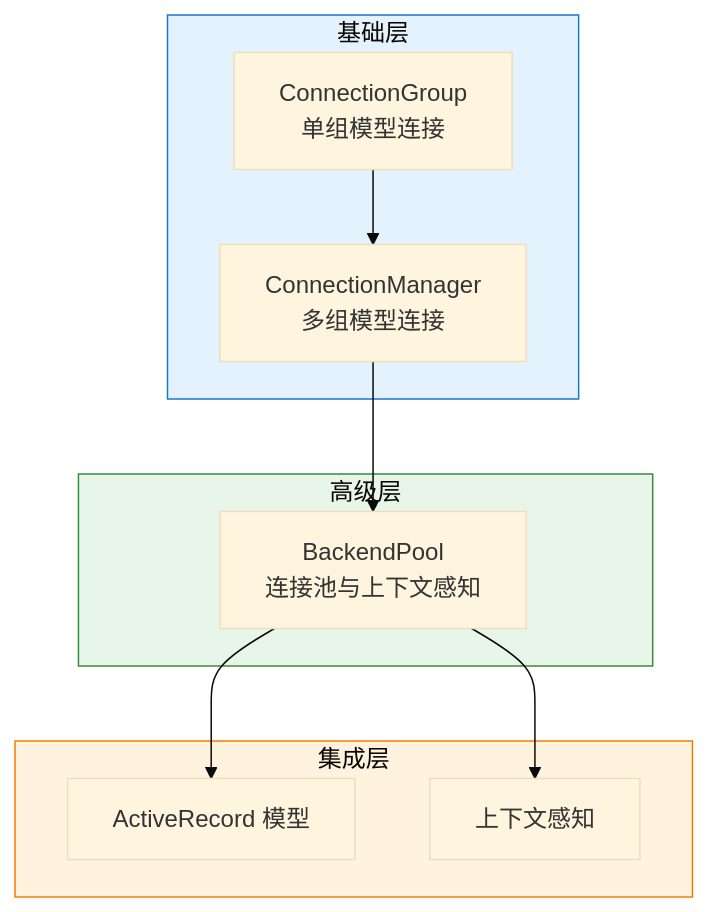
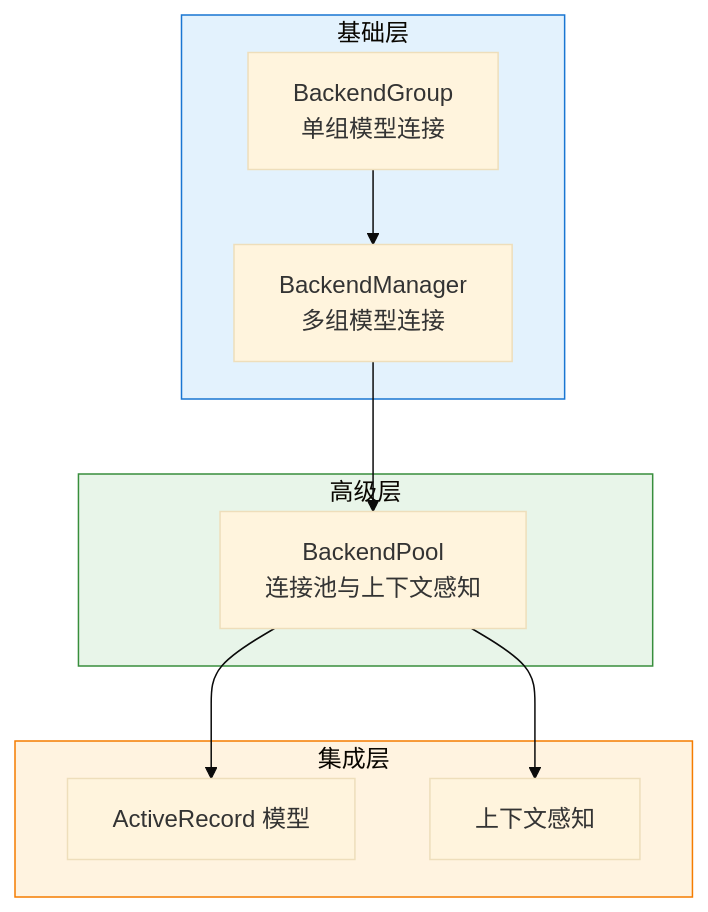
Before and after one commit to rhosocial/python-activerecord: the diagram in docs/zh_CN/connection/README.md, drawn with Mermaid (base theme). The commit also changed other lines of this file and 23 other files, not shown here.

First line of the commit message:
feat(connection): add context() method and rename ConnectionGroup/Manager to BackendGroup/Manager (#71)

````diff
--- a/docs/zh_CN/connection/README.md
+++ b/docs/zh_CN/connection/README.md
@@ -14,25 +14,25 @@
 ```mermaid
 graph TB
     subgraph Basic["基础层"]
-        CG["ConnectionGroup<br/>单组模型连接"]
-        CM["ConnectionManager<br/>多组模型连接"]
+        CG["BackendGroup<br/>单组模型连接"]
+        CM["BackendManager<br/>多组模型连接"]
     end
 
     subgraph Advanced["高级层"]
         BP["BackendPool<br/>连接池与上下文感知"]
     end
 
     subgraph Integration["集成层"]
         AR["ActiveRecord 模型"]
         CTX["上下文感知"]
     end
 
     CG --> CM
     CM --> BP
     BP --> AR
     BP --> CTX
 
     style Basic fill:#e3f2fd,stroke:#1976d2
     style Advanced fill:#e8f5e9,stroke:#388e3c
     style Integration fill:#fff3e0,stroke:#f57c00
 ```
````
